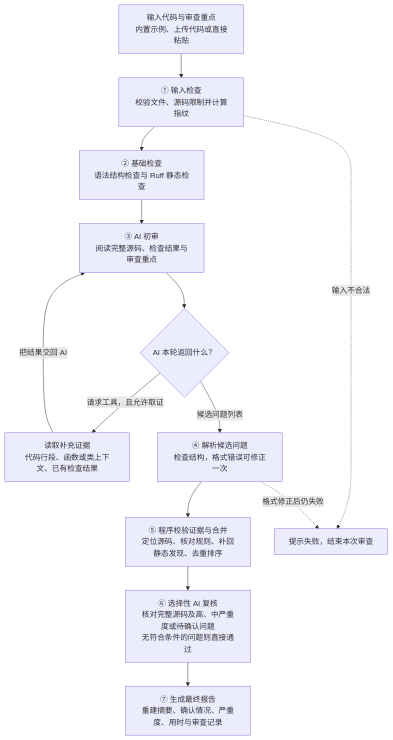
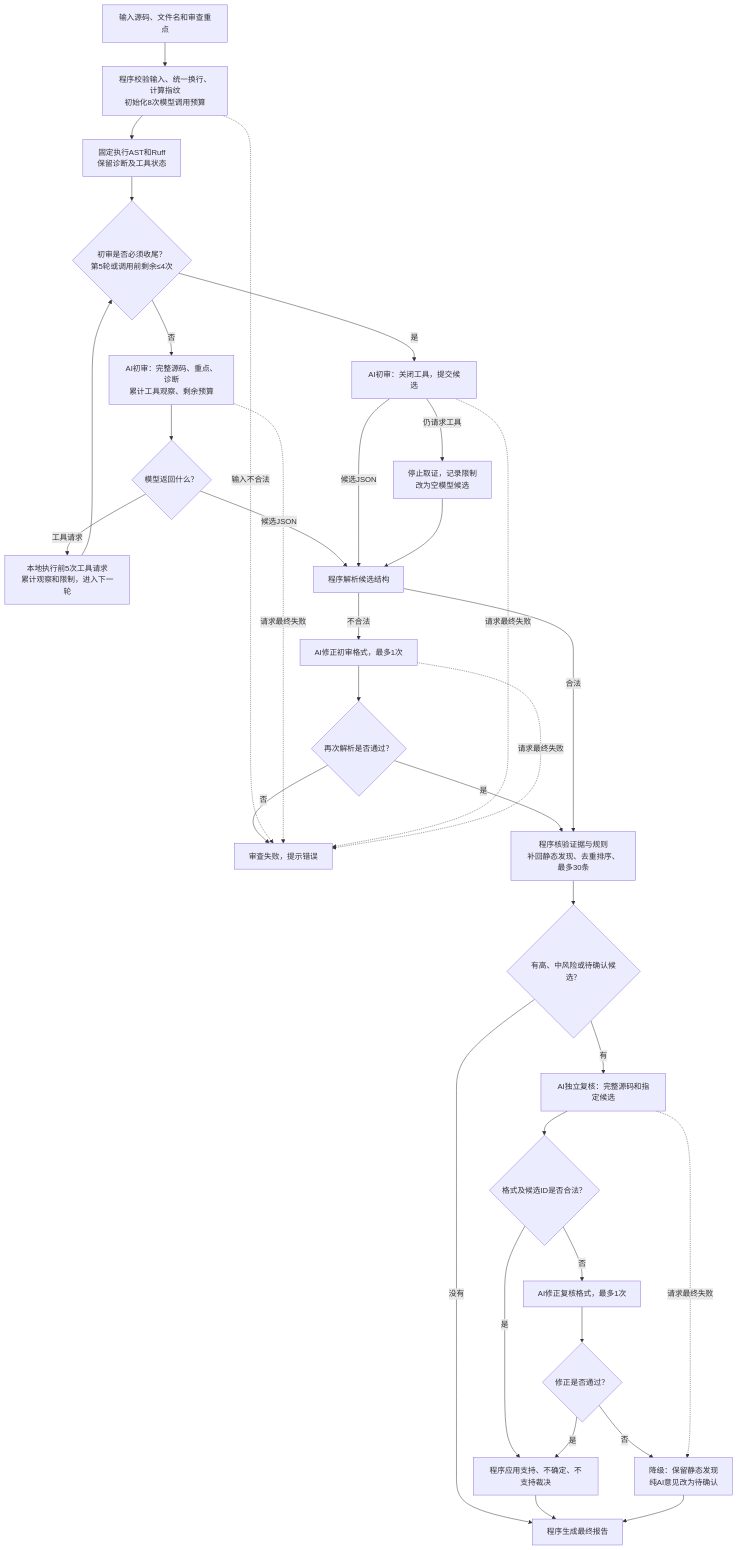
The first of 4 diagrams in Design.md (Fang-Xinyu/code-review-agent), drawn with Mermaid before and after one commit. The commit also changed other lines of this file and 23 other files, not shown here.

````diff
--- a/Design.md
+++ b/Design.md
@@ -7,15 +27,36 @@
 ```mermaid
 flowchart TD
-    A["输入代码与审查重点<br/>内置示例、上传代码或直接粘贴"] --> B["① 输入检查<br/>校验文件、源码限制并计算指纹"]
-    B --> C["② 基础检查<br/>语法结构检查与 Ruff 静态检查"]
-    C --> D["③ AI 初审<br/>阅读完整源码、检查结果与审查重点"]
-    D --> E{"AI 本轮返回什么？"}
-    E -->|请求工具，且允许取证| F["读取补充证据<br/>代码行段、函数或类上下文、已有检查结果"]
-    F -->|把结果交回 AI| D
-    E -->|候选问题列表| G["④ 解析候选问题<br/>检查结构，格式错误可修正一次"]
-    G --> H["⑤ 程序校验证据与合并<br/>定位源码、核对规则、补回静态发现、去重排序"]
-    H --> I["⑥ 选择性 AI 复核<br/>核对完整源码及高、中严重度或待确认问题<br/>无符合条件的问题则直接通过"]
-    I --> J["⑦ 生成最终报告<br/>重建摘要、确认情况、严重度、用时与审查记录"]
-    B -.->|输入不合法| X["提示失败，结束本次审查"]
-    G -.->|格式修正后仍失败| X
+    A["输入源码、文件名和审查重点"] --> B["程序校验输入、统一换行、计算指纹<br/>初始化8次模型调用预算"]
+    B --> C["固定执行AST和Ruff<br/>保留诊断及工具状态"]
+    C --> D{"初审是否必须收尾？<br/>第5轮或调用前剩余≤4次"}
+    D -->|否| E["AI初审：完整源码、重点、诊断<br/>累计工具观察、剩余预算"]
+    D -->|是| F["AI初审：关闭工具，提交候选"]
+    E --> G{"模型返回什么？"}
+    G -->|工具请求| T["本地执行前5次工具请求<br/>累计观察和限制，进入下一轮"]
+    T --> D
+    G -->|候选JSON| P["程序解析候选结构"]
+    F -->|候选JSON| P
+    F -->|仍请求工具| Z["停止取证，记录限制<br/>改为空模型候选"]
+    Z --> P
+    P -->|不合法| R["AI修正初审格式，最多1次"]
+    R --> Q{"再次解析是否通过？"}
+    Q -->|否| X["审查失败，提示错误"]
+    Q -->|是| V["程序核验证据与规则<br/>补回静态发现、去重排序、最多30条"]
+    P -->|合法| V
+    V --> S{"有高、中风险或待确认候选？"}
+    S -->|没有| O["程序生成最终报告"]
+    S -->|有| H["AI独立复核：完整源码和指定候选"]
+    H --> J{"格式及候选ID是否合法？"}
+    J -->|否| K["AI修正复核格式，最多1次"]
+    K --> L{"修正是否通过？"}
+    L -->|否| N["降级：保留静态发现<br/>纯AI意见改为待确认"]
+    H -.->|请求最终失败| N
+    J -->|是| M["程序应用支持、不确定、不支持裁决"]
+    L -->|是| M
+    M --> O
+    N --> O
+    B -.->|输入不合法| X
+    E -.->|请求最终失败| X
+    F -.->|请求最终失败| X
+    R -.->|请求最终失败| X
 ```
````
